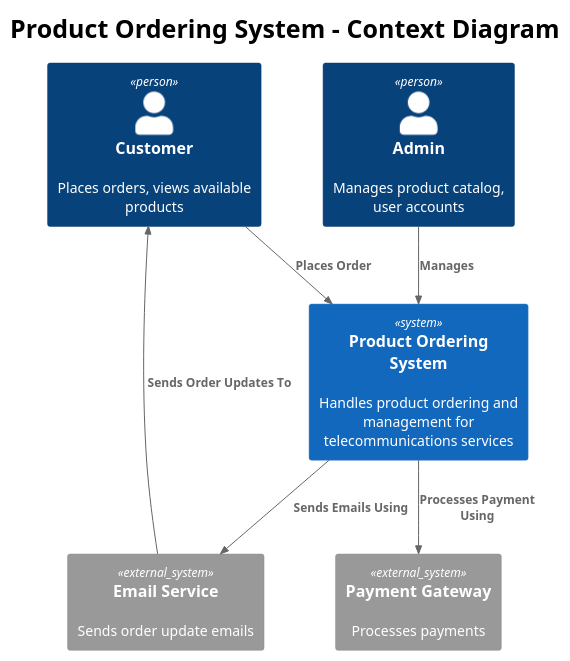
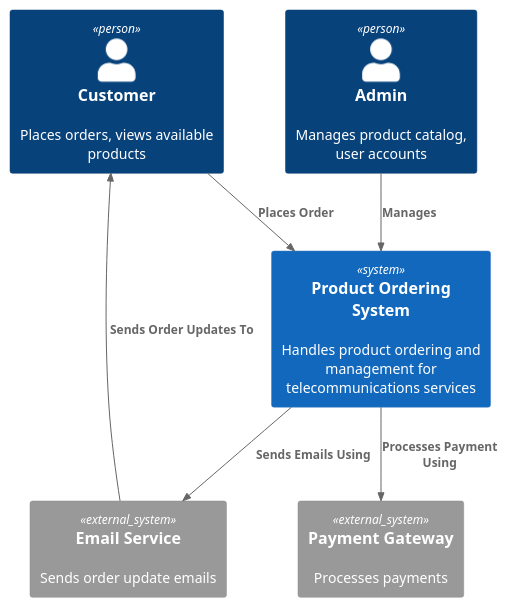
One commit to ensarhamzic/diplomski-rad-softversko-inzenjerstvo changed the diagram in c4/context/context.puml. Above: the diagram before and after it, drawn with PlantUML. The commit also changed 9 other files, not shown here.

Commit message:
remove titles from diagrams

```diff
--- a/c4/context/context.puml
+++ b/c4/context/context.puml
@@ -1,23 +1,19 @@
 @startuml C4_Context
 
 !include https://raw.githubusercontent.com/plantuml-stdlib/C4-PlantUML/master/C4_Context.puml
-
-skinparam titleFontSize 25
-
-title Product Ordering System - Context Diagram
 
 Person(customer, "Customer", "Places orders, views available products")
 Person(admin, "Admin", "Manages product catalog, user accounts")
 
 System(productOrderingSystem, "Product Ordering System", "Handles product ordering and management for telecommunications services")
 
 System_Ext(paymentGateway, "Payment Gateway", "Processes payments")
 System_Ext(emailService, "Email Service", "Sends order update emails")
 
 Rel(customer, productOrderingSystem, "Places Order")
 Rel(admin, productOrderingSystem, "Manages")
 Rel(productOrderingSystem, paymentGateway, "Processes Payment Using")
 Rel(productOrderingSystem, emailService, "Sends Emails Using")
 Rel(emailService, customer, "Sends Order Updates To")
 
 @enduml
```
